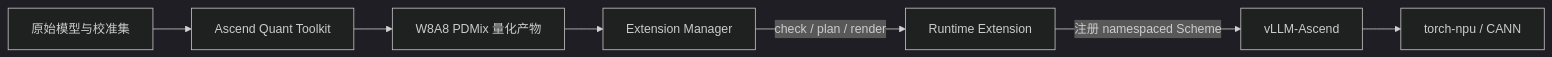
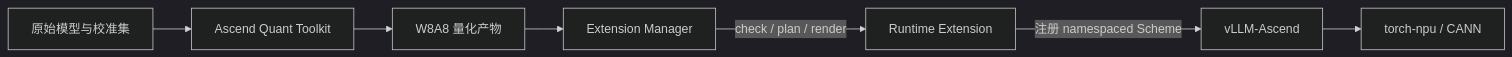
The diagram in docs/design-overview.zh-CN.md (jxd1111/Ascend-LLM-quant), drawn with Mermaid (dark theme) before and after one commit. The commit also changed other lines of this file and 33 other files, not shown here.

````diff
--- a/docs/design-overview.zh-CN.md
+++ b/docs/design-overview.zh-CN.md
@@ -15,9 +15,9 @@
 ```mermaid
 flowchart LR
     A[原始模型与校准集] --> B[Ascend Quant Toolkit]
-    B --> C[W8A8 PDMix 量化产物]
+    B --> C[W8A8 量化产物]
     C --> D[Extension Manager]
     D -->|check / plan / render| E[Runtime Extension]
     E -->|注册 namespaced Scheme| F[vLLM-Ascend]
     F --> G[torch-npu / CANN]
 ```
````
